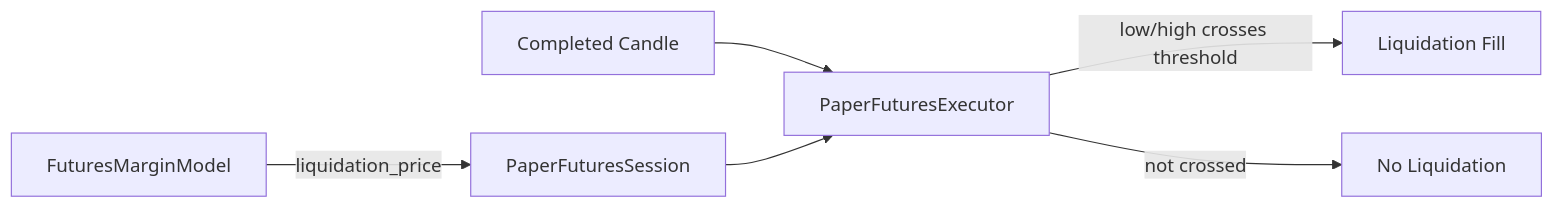
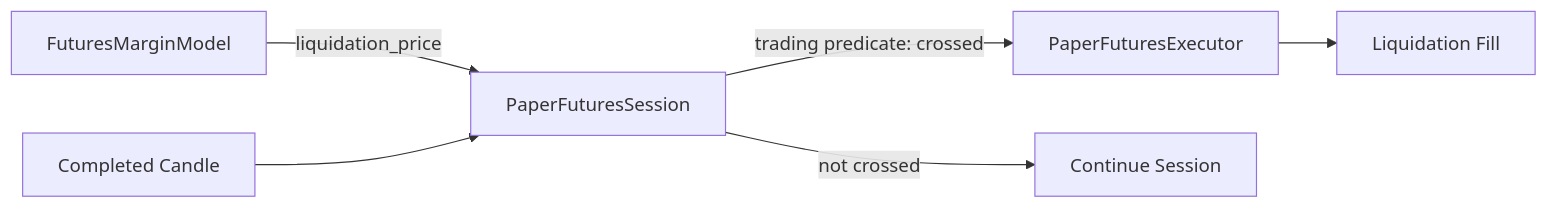
The first of 2 diagrams in docs/superpowers/specs/2026-07-28-paper-futures-liquidation-definition-design.md (yukasung/tiewtrade), drawn with Mermaid before and after one commit. The commit also changed other lines of this file and 1 other file, not shown here.

Commit message:
docs: align Paper and Live liquidation ownership

````diff
--- a/docs/superpowers/specs/2026-07-28-paper-futures-liquidation-definition-design.md
+++ b/docs/superpowers/specs/2026-07-28-paper-futures-liquidation-definition-design.md
@@ -50,8 +57,8 @@
 ```mermaid
 flowchart LR
     M[FuturesMarginModel] -->|liquidation_price| S[PaperFuturesSession]
-    C[Completed Candle] --> E[PaperFuturesExecutor]
-    S --> E
-    E -->|low/high crosses threshold| L[Liquidation Fill]
-    E -->|not crossed| N[No Liquidation]
+    C[Completed Candle] --> S
+    S -->|trading predicate: crossed| E[PaperFuturesExecutor]
+    S -->|not crossed| N[Continue Session]
+    E --> L[Liquidation Fill]
 ```
````
